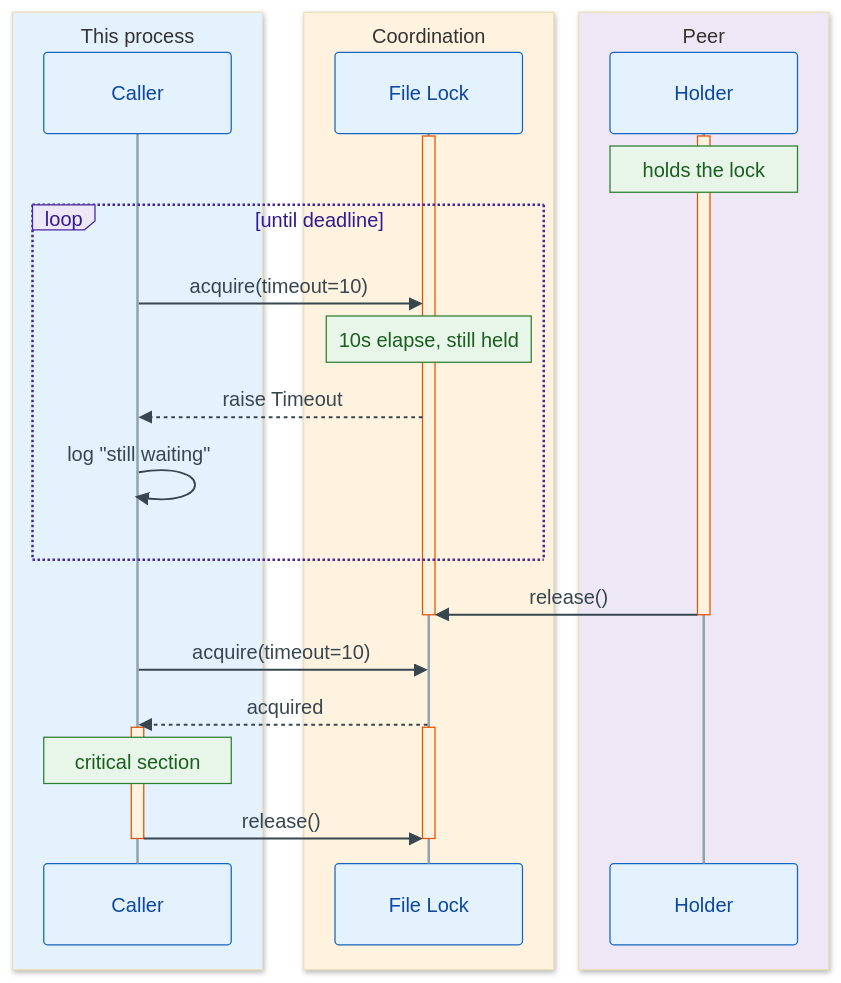
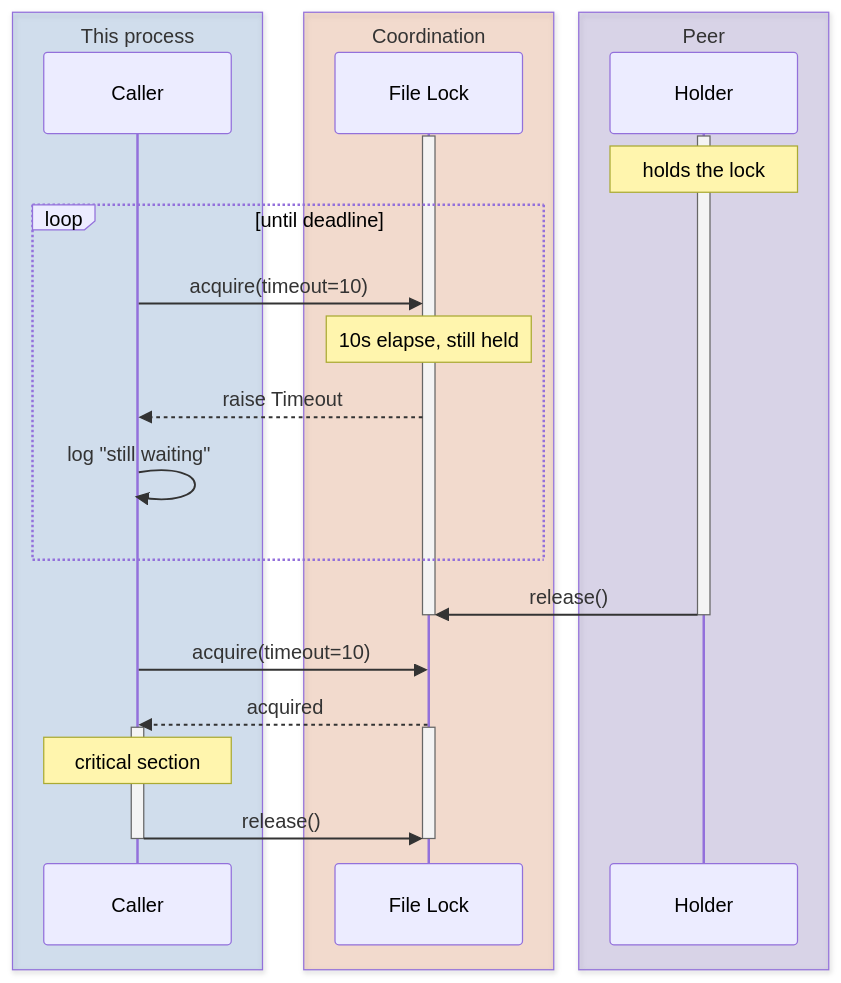
One commit to tox-dev/filelock changed the first of 2 diagrams in docs/how-to.rst. Above: the diagram before and after it, drawn with Mermaid. The commit also changed other lines of this file and 5 other files, not shown here.

```diff
--- a/docs/how-to.rst
+++ b/docs/how-to.rst
@@ -269,33 +269,32 @@
 .. mermaid::
 
-    %%{init: {'theme':'base','themeVariables':{'actorBkg':'#e3f2fd','actorBorder':'#1565c0','actorTextColor':'#0d47a1','actorLineColor':'#90a4ae','activationBkgColor':'#fff3e0','activationBorderColor':'#e65100','noteBkgColor':'#e8f5e9','noteBorderColor':'#2e7d32','noteTextColor':'#1b5e20','signalColor':'#37474f','signalTextColor':'#37474f','labelBoxBkgColor':'#ede7f6','labelBoxBorderColor':'#4527a0','labelTextColor':'#311b92','loopTextColor':'#311b92'}}}%%
     sequenceDiagram
-        box rgb(227, 242, 253) This process
+        box rgba(21, 101, 192, 0.16) This process
             participant C as Caller
         end
-        box rgb(255, 243, 224) Coordination
+        box rgba(230, 81, 0, 0.16) Coordination
             participant L as File Lock
         end
-        box rgb(237, 231, 246) Peer
+        box rgba(69, 39, 160, 0.16) Peer
             participant H as Holder
         end
         activate H
         activate L
         Note over H: holds the lock
         loop until deadline
             C->>L: acquire(timeout=10)
             Note over L: 10s elapse, still held
             L-->>C: raise Timeout
             C->>C: log "still waiting"
         end
         H->>L: release()
         deactivate L
         deactivate H
         C->>L: acquire(timeout=10)
         L-->>C: acquired
         activate C
         activate L
         Note over C: critical section
         C->>L: release()
         deactivate L
         deactivate C
```
